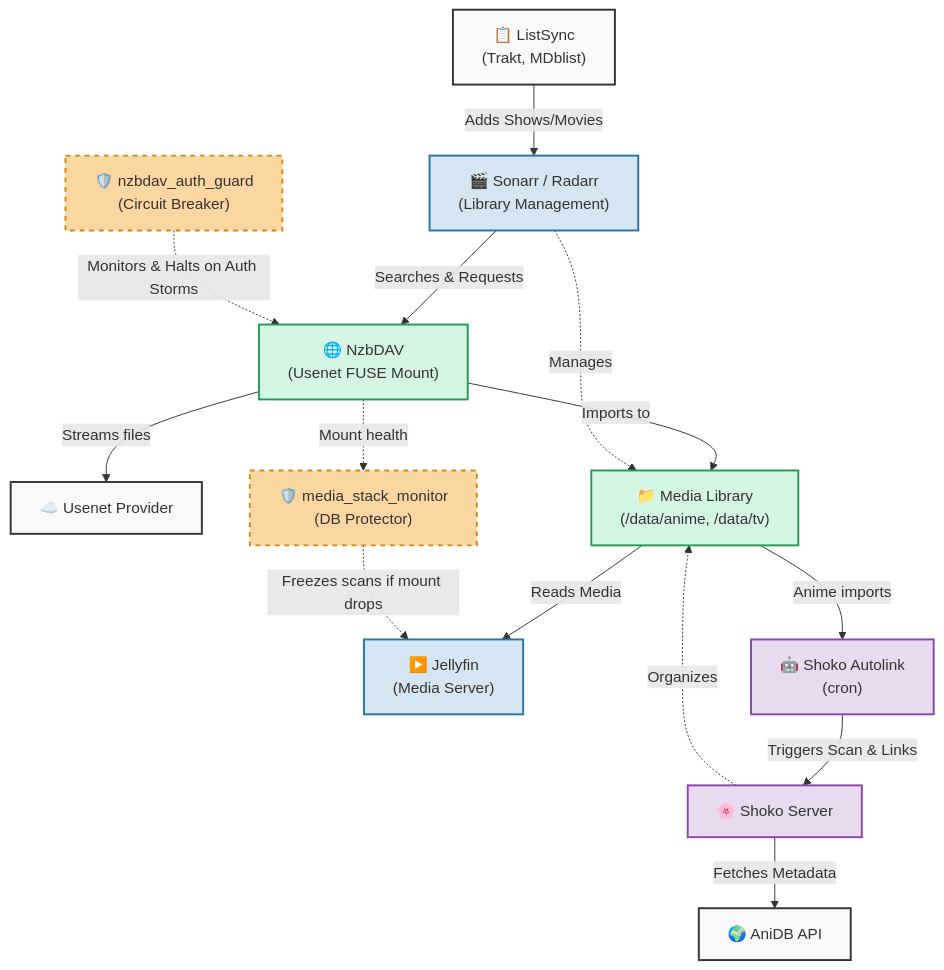
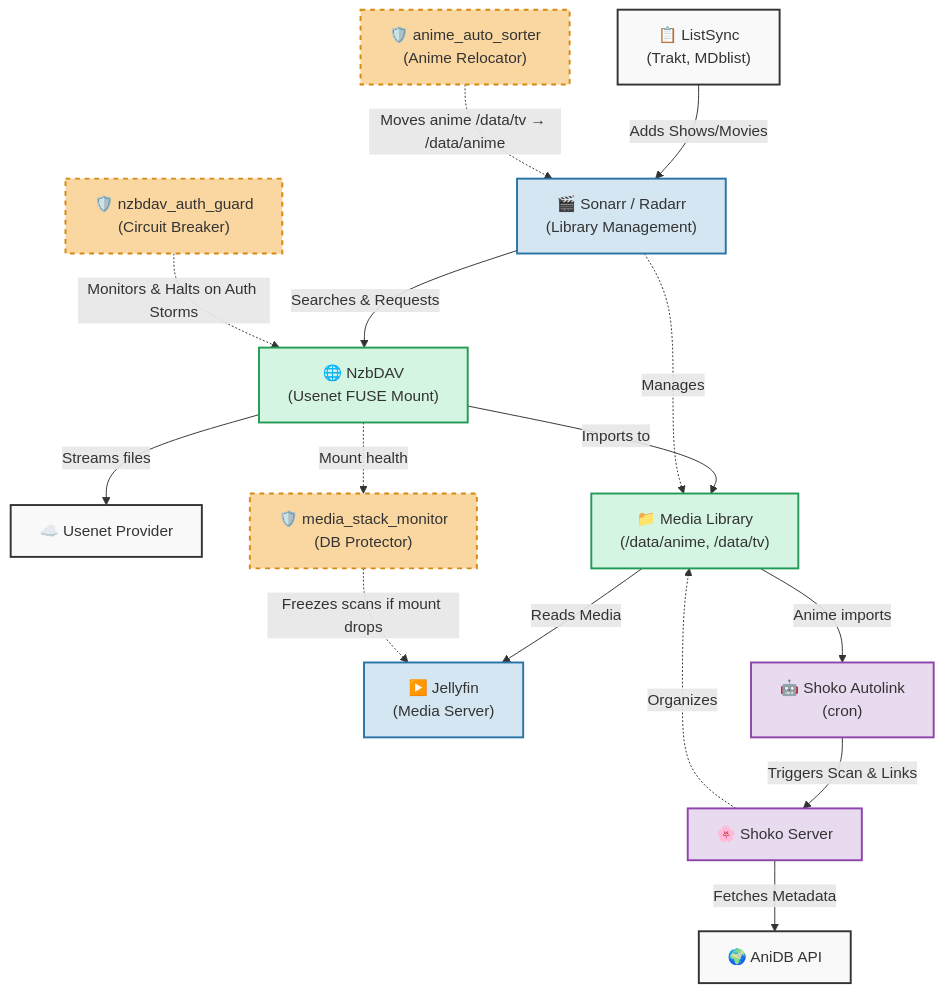
Before and after one commit to mdomm418-lgtm/media-server-pipeline: the diagram in README.md, drawn with Mermaid. The commit also changed other lines of this file and 5 other files, not shown here.

First line of the commit message:
Add anime auto-sorter to relocate miscategorized anime from /data/tv to /data/anime.

````diff
--- a/README.md
+++ b/README.md
@@ -9,45 +9,48 @@
 ```mermaid
 graph TD
     %% Styling
     classDef external fill:#f9f9f9,stroke:#333,stroke-width:2px;
     classDef core fill:#d4e6f1,stroke:#2874a6,stroke-width:2px;
     classDef watchdog fill:#fad7a1,stroke:#d68910,stroke-width:2px,stroke-dasharray: 5 5;
     classDef storage fill:#d5f5e3,stroke:#239b56,stroke-width:2px;
     classDef shoko fill:#e8daef,stroke:#8e44ad,stroke-width:2px;
 
     %% Nodes
     ListSync["📋 ListSync<br/>(Trakt, MDblist)"]:::external
     SonarrRadarr["🎬 Sonarr / Radarr<br/>(Library Management)"]:::core
     NzbDAV["🌐 NzbDAV<br/>(Usenet FUSE Mount)"]:::storage
     Usenet["☁️ Usenet Provider"]:::external
     Library["📁 Media Library<br/>(/data/anime, /data/tv)"]:::storage
     Jellyfin["▶️ Jellyfin<br/>(Media Server)"]:::core
     ShokoAutolink["🤖 Shoko Autolink<br/>(cron)"]:::shoko
     Shoko["🌸 Shoko Server"]:::shoko
     AniDB["🌍 AniDB API"]:::external
     
     %% Watchdogs
     AuthGuard["🛡️ nzbdav_auth_guard<br/>(Circuit Breaker)"]:::watchdog
     MediaMonitor["🛡️ media_stack_monitor<br/>(DB Protector)"]:::watchdog
+    AnimeSorter["🛡️ anime_auto_sorter<br/>(Anime Relocator)"]:::watchdog
 
     %% Flow
     ListSync -- "Adds Shows/Movies" --> SonarrRadarr
     SonarrRadarr -- "Searches & Requests" --> NzbDAV
     NzbDAV -- "Streams files" --> Usenet
+    
+    AnimeSorter -. "Moves anime /data/tv → /data/anime" .-> SonarrRadarr
     
     AuthGuard -. "Monitors & Halts on Auth Storms" .-> NzbDAV
     
     NzbDAV -- "Imports to" --> Library
     SonarrRadarr -. "Manages" .-> Library
     
     %% Anime Flow
     Library -- "Anime imports" --> ShokoAutolink
     ShokoAutolink -- "Triggers Scan & Links" --> Shoko
     Shoko -- "Fetches Metadata" --> AniDB
     Shoko -. "Organizes" .-> Library
     
     %% Playback Flow
     Library -- "Reads Media" --> Jellyfin
     MediaMonitor -. "Freezes scans if mount drops" .-> Jellyfin
     NzbDAV -. "Mount health" .-> MediaMonitor
 ```
````
